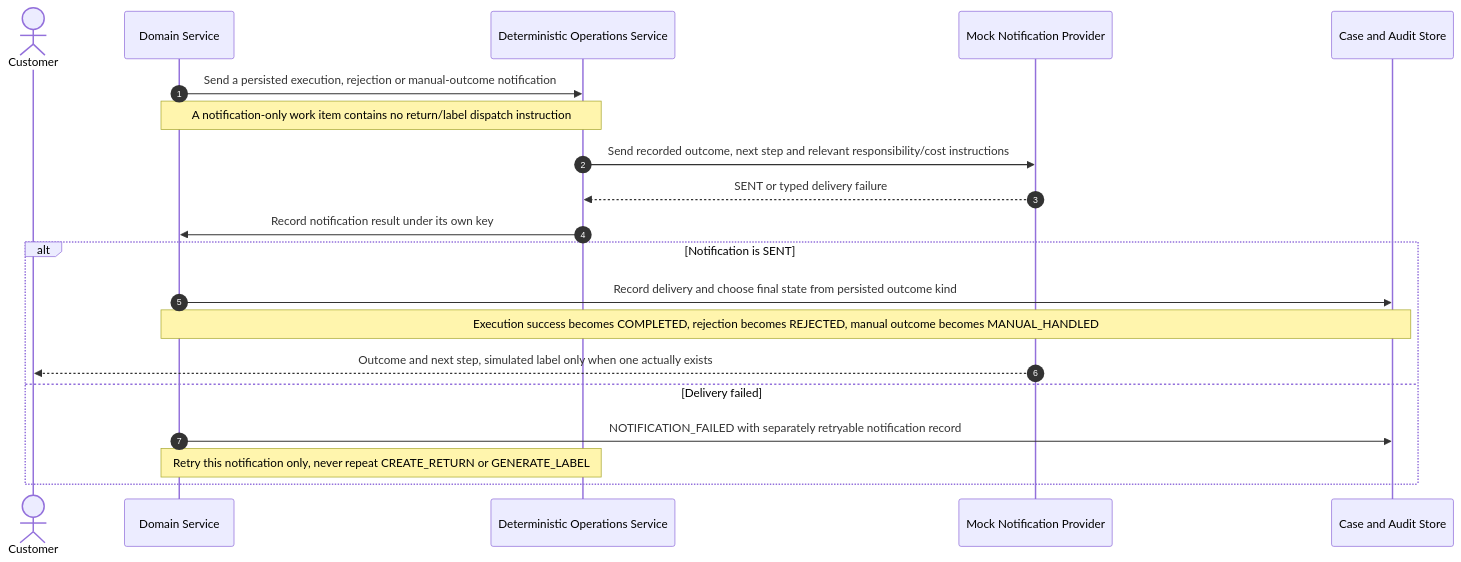
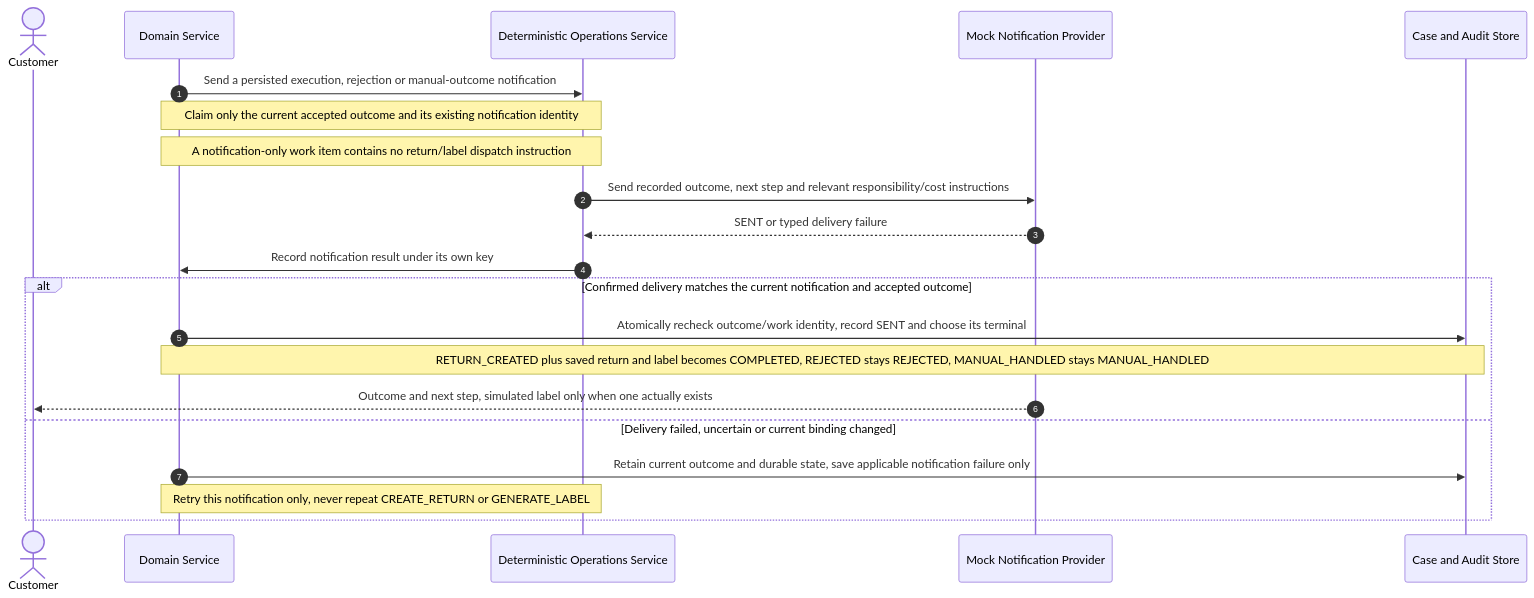
The fourth of 4 diagrams in docs/diagrams/03-sequence-diagram.md (shuxiachai/returnops-au), drawn with Mermaid before and after one commit. The commit also changed other lines of this file and 12 other files, not shown here.

````diff
--- a/docs/diagrams/03-sequence-diagram.md
+++ b/docs/diagrams/03-sequence-diagram.md
@@ -307,23 +344,24 @@
 ```mermaid
 sequenceDiagram
     autonumber
     actor Customer
     participant Domain as Domain Service
     participant Ops as Deterministic Operations Service
     participant Notify as Mock Notification Provider
     participant Store as Case and Audit Store
 
     Domain->>Ops: Send a persisted execution, rejection or manual-outcome notification
+    Note over Domain,Ops: Claim only the current accepted outcome and its existing notification identity
     Note over Domain,Ops: A notification-only work item contains no return/label dispatch instruction
     Ops->>Notify: Send recorded outcome, next step and relevant responsibility/cost instructions
     Notify-->>Ops: SENT or typed delivery failure
     Ops->>Domain: Record notification result under its own key
-    alt Notification is SENT
-        Domain->>Store: Record delivery and choose final state from persisted outcome kind
-        Note over Domain,Store: Execution success becomes COMPLETED, rejection becomes REJECTED, manual outcome becomes MANUAL_HANDLED
+    alt Confirmed delivery matches the current notification and accepted outcome
+        Domain->>Store: Atomically recheck outcome/work identity, record SENT and choose its terminal
+        Note over Domain,Store: RETURN_CREATED plus saved return and label becomes COMPLETED, REJECTED stays REJECTED, MANUAL_HANDLED stays MANUAL_HANDLED
         Notify-->>Customer: Outcome and next step, simulated label only when one actually exists
-    else Delivery failed
-        Domain->>Store: NOTIFICATION_FAILED with separately retryable notification record
+    else Delivery failed, uncertain or current binding changed
+        Domain->>Store: Retain current outcome and durable state, save applicable notification failure only
         Note over Domain,Ops: Retry this notification only, never repeat CREATE_RETURN or GENERATE_LABEL
     end
 ```
````
